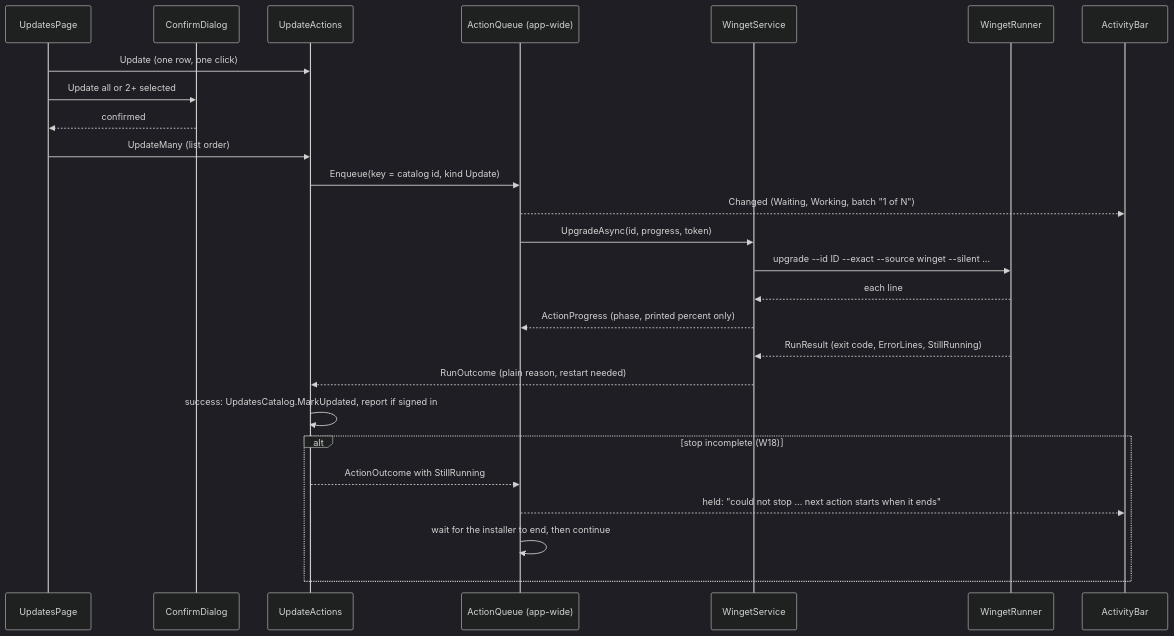
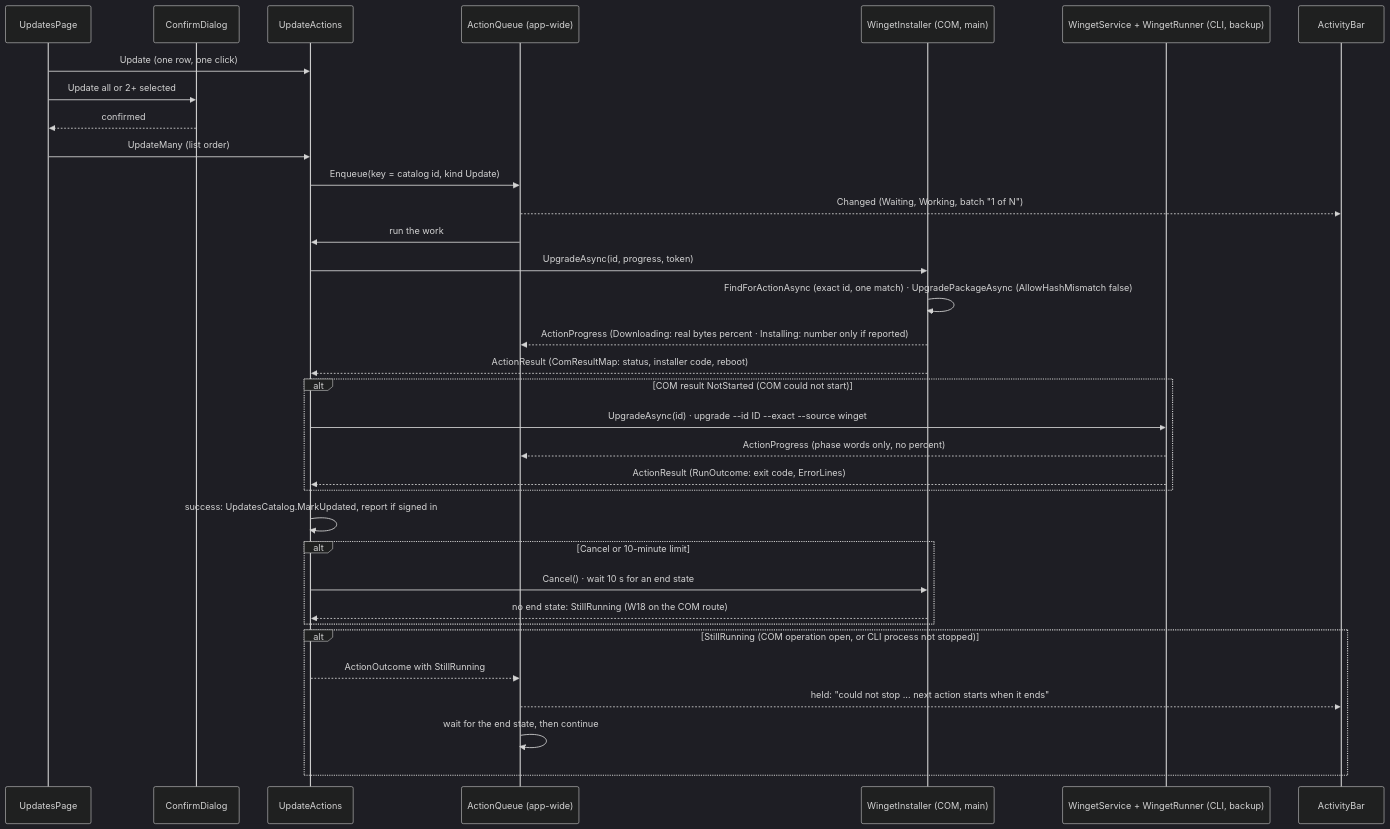
The tenth of 10 diagrams in docs/ARCHITECTURE.md (merchanthasan2/AudoChocolatey), drawn with Mermaid (dark theme) before and after one commit. The commit also changed other lines of this file and 2 other files, not shown here.

Commit message:
plan: D9 COM update route with real progress, CLI backup; D10 cancel; D11 close guard; new tasks 46.7.88-94

````diff
--- a/docs/ARCHITECTURE.md
+++ b/docs/ARCHITECTURE.md
@@ -349,28 +349,36 @@
 ```mermaid
 sequenceDiagram
   participant P as UpdatesPage
   participant D as ConfirmDialog
   participant A as UpdateActions
   participant Q as ActionQueue (app-wide)
-  participant W as WingetService
-  participant R as WingetRunner
+  participant I as WingetInstaller (COM, main)
+  participant W as WingetService + WingetRunner (CLI, backup)
   participant B as ActivityBar
   P->>A: Update (one row, one click)
   P->>D: Update all or 2+ selected
   D-->>P: confirmed
   P->>A: UpdateMany (list order)
   A->>Q: Enqueue(key = catalog id, kind Update)
   Q-->>B: Changed (Waiting, Working, batch "1 of N")
-  Q->>W: UpgradeAsync(id, progress, token)
-  W->>R: upgrade --id ID --exact --source winget --silent ...
-  R-->>W: each line
-  W-->>Q: ActionProgress (phase, printed percent only)
-  R-->>W: RunResult (exit code, ErrorLines, StillRunning)
-  W-->>A: RunOutcome (plain reason, restart needed)
+  Q->>A: run the work
+  A->>I: UpgradeAsync(id, progress, token)
+  I->>I: FindForActionAsync (exact id, one match) · UpgradePackageAsync (AllowHashMismatch false)
+  I-->>Q: ActionProgress (Downloading: real bytes percent · Installing: number only if reported)
+  I-->>A: ActionResult (ComResultMap: status, installer code, reboot)
+  alt COM result NotStarted (COM could not start)
+    A->>W: UpgradeAsync(id) · upgrade --id ID --exact --source winget
+    W-->>Q: ActionProgress (phase words only, no percent)
+    W-->>A: ActionResult (RunOutcome: exit code, ErrorLines)
+  end
   A->>A: success: UpdatesCatalog.MarkUpdated, report if signed in
-  alt stop incomplete (W18)
+  alt Cancel or 10-minute limit
+    A->>I: Cancel() · wait 10 s for an end state
+    I-->>A: no end state: StillRunning (W18 on the COM route)
+  end
+  alt StillRunning (COM operation open, or CLI process not stopped)
     A-->>Q: ActionOutcome with StillRunning
     Q-->>B: held: "could not stop ... next action starts when it ends"
-    Q->>Q: wait for the installer to end, then continue
+    Q->>Q: wait for the end state, then continue
   end
 ```
````
